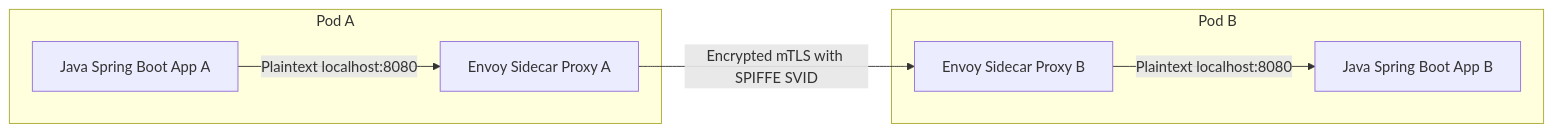
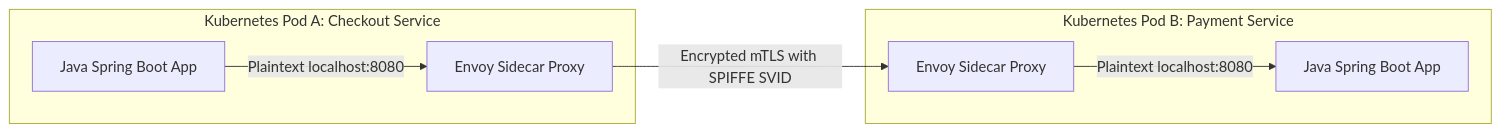
One commit to weaponxwolf/backend-engineering-mastry changed the seventh of 7 diagrams in docs/production/oauth2-zerotrust-mesh.mdx. Above: the diagram before and after it, drawn with Mermaid. The commit also changed other lines of this file and 15 other files, not shown here.

````diff
--- a/docs/production/oauth2-zerotrust-mesh.mdx
+++ b/docs/production/oauth2-zerotrust-mesh.mdx
@@ -144,12 +255,12 @@
 ```mermaid
 flowchart LR
-    subgraph Pod A
-        AppA[Java Spring Boot App A] -->|Plaintext localhost:8080| EnvoyA[Envoy Sidecar Proxy A]
+    subgraph PodA["Kubernetes Pod A: Checkout Service"]
+        AppA["Java Spring Boot App"] -->|Plaintext localhost:8080| EnvoyA["Envoy Sidecar Proxy"]
     end
 
-    subgraph Pod B
-        EnvoyB[Envoy Sidecar Proxy B] -->|Plaintext localhost:8080| AppB[Java Spring Boot App B]
+    subgraph PodB["Kubernetes Pod B: Payment Service"]
+        EnvoyB["Envoy Sidecar Proxy"] -->|Plaintext localhost:8080| AppB["Java Spring Boot App"]
     end
 
     EnvoyA -->|Encrypted mTLS with SPIFFE SVID| EnvoyB
 ```
````
